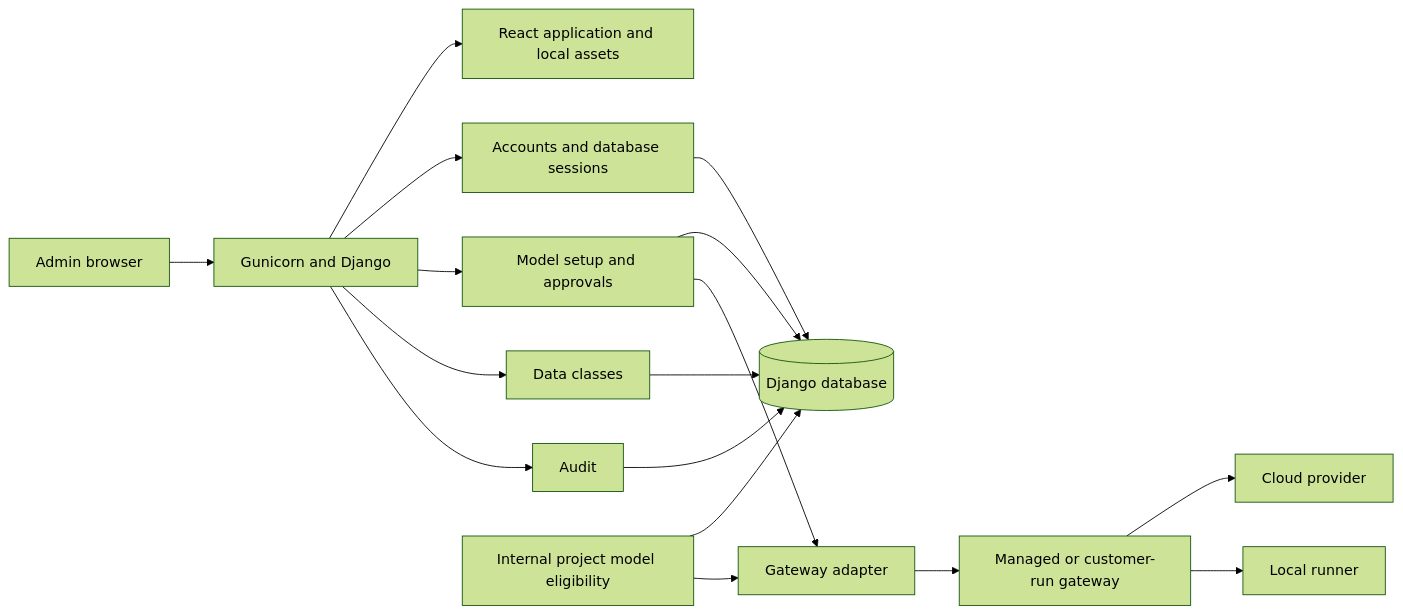
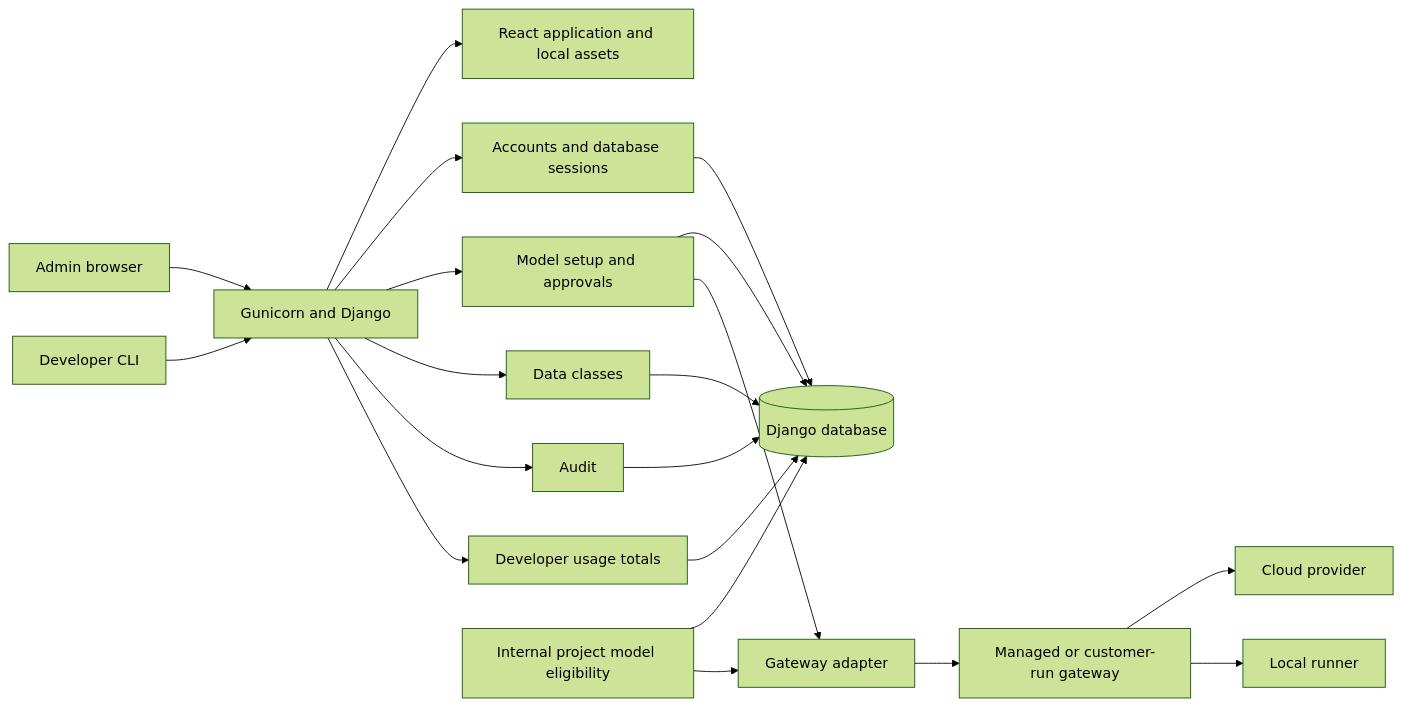
Before and after one commit to OsamaFelFel/keeplane: the diagram in docs/architecture/local-preview.md, drawn with Mermaid (forest theme). The commit also changed other lines of this file and 21 other files, not shown here.

First line of the commit message:
feat(usage): record and read each developer's own usage per model

````diff
--- a/docs/architecture/local-preview.md
+++ b/docs/architecture/local-preview.md
@@ -7,19 +8,22 @@
 ```mermaid
 flowchart LR
   Browser[Admin browser] --> App[Gunicorn and Django]
+  CLI[Developer CLI] --> App
   App --> UI[React application and local assets]
   App --> Accounts[Accounts and database sessions]
   App --> Models[Model setup and approvals]
   App --> Classes[Data classes]
   App --> Audit[Audit]
+  App --> Usage[Developer usage totals]
   Accounts --> DB[(Django database)]
   Models --> DB
   Eligibility[Internal project model eligibility] --> DB
   Eligibility --> Adapter
   Classes --> DB
   Audit --> DB
+  Usage --> DB
   Models --> Adapter[Gateway adapter]
   Adapter --> Gateway[Managed or customer-run gateway]
   Gateway --> Cloud[Cloud provider]
   Gateway --> Runner[Local runner]
 ```
````
